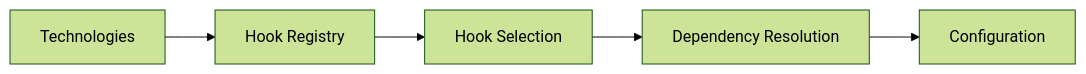
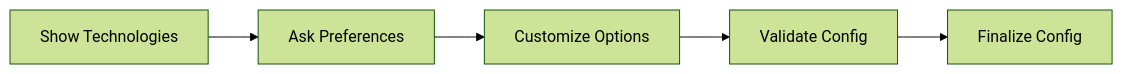
The second of 3 diagrams in docs/ARCHITECTURE.md (Jakub3628800/pre-commit-starter), drawn with Mermaid (forest theme) before and after one commit. The commit also changed other lines of this file and 71 other files, not shown here.

````diff
--- a/docs/ARCHITECTURE.md
+++ b/docs/ARCHITECTURE.md
@@ -169,7 +151,7 @@
-   ```mermaid
-   graph LR
-       A[Technologies] --> B[Hook Registry]
-       B --> C[Hook Selection]
-       C --> D[Dependency Resolution]
-       D --> E[Configuration]
-   ```
+```mermaid
+graph LR
+    A[Show Technologies] --> B[Ask Preferences]
+    B --> C[Customize Options]
+    C --> D[Validate Config]
+    D --> E[Finalize Config]
+```
````
